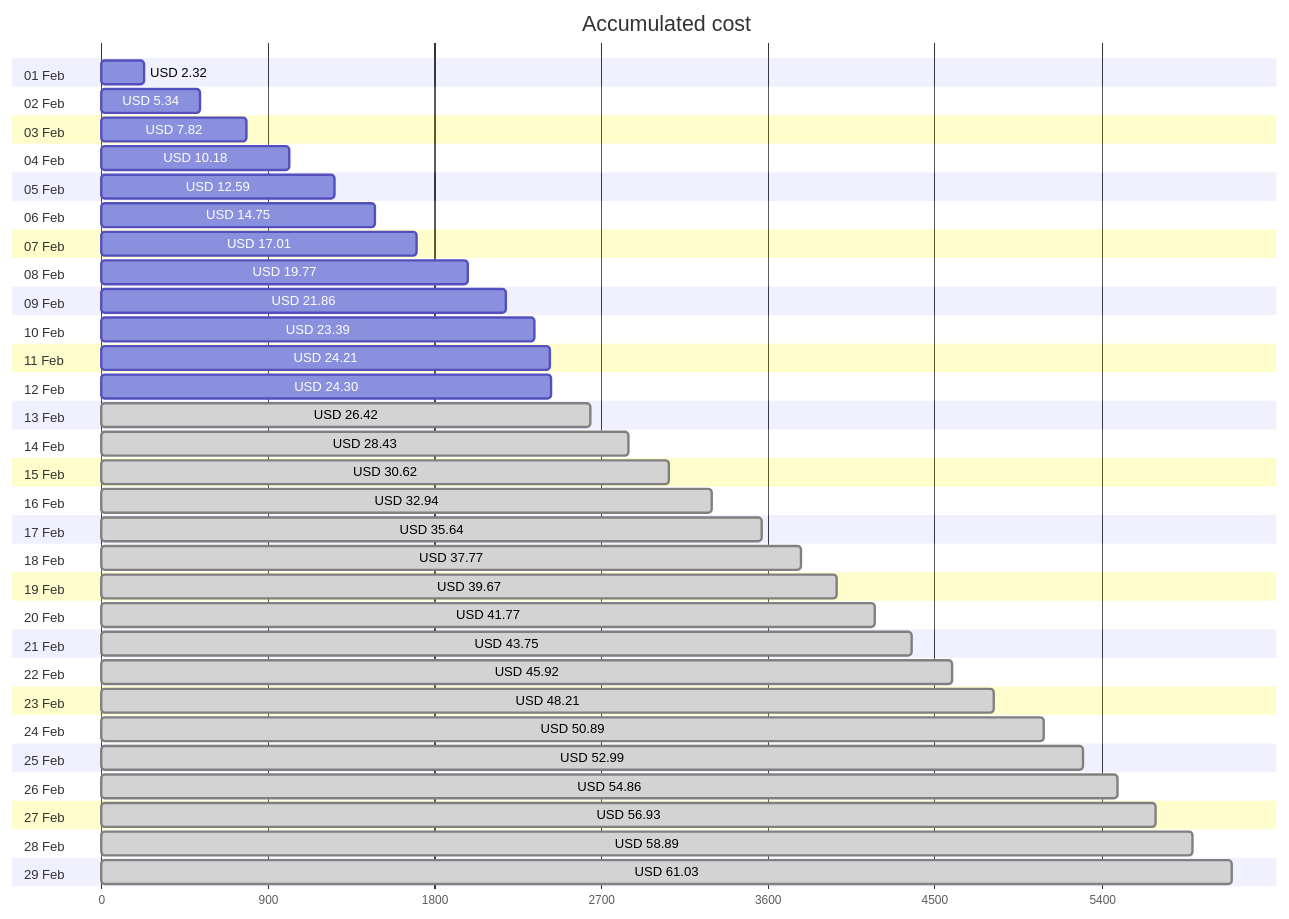
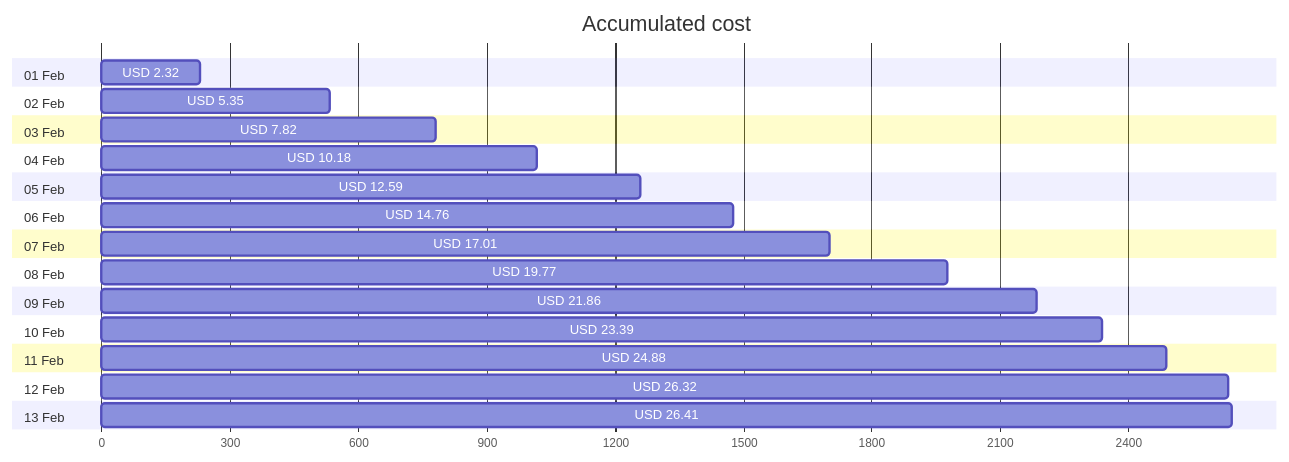
The first of 4 diagrams in cost-reports/personal-network/README.md (jpfulton/azure-personal-reports), drawn with Mermaid before and after one commit. The commit also changed other lines of this file and 8 other files, not shown here.

````diff
--- a/cost-reports/personal-network/README.md
+++ b/cost-reports/personal-network/README.md
@@ -20,64 +20,32 @@
 ```mermaid
 gantt
    title Accumulated cost
    dateFormat  X
    axisFormat %s
    section 01 Feb
    USD 2.32 :0, 232
    section 02 Feb
-   USD 5.34 :0, 534
+   USD 5.35 :0, 535
    section 03 Feb
    USD 7.82 :0, 782
    section 04 Feb
    USD 10.18 :0, 1018
    section 05 Feb
    USD 12.59 :0, 1259
    section 06 Feb
-   USD 14.75 :0, 1475
+   USD 14.76 :0, 1476
    section 07 Feb
    USD 17.01 :0, 1701
    section 08 Feb
    USD 19.77 :0, 1977
    section 09 Feb
    USD 21.86 :0, 2186
    section 10 Feb
    USD 23.39 :0, 2339
    section 11 Feb
-   USD 24.21 :0, 2421
+   USD 24.88 :0, 2488
    section 12 Feb
-   USD 24.30 :0, 2430
+   USD 26.32 :0, 2632
    section 13 Feb
-   USD 26.42 : done, 0, 2642
-   section 14 Feb
-   USD 28.43 : done, 0, 2843
-   section 15 Feb
-   USD 30.62 : done, 0, 3062
-   section 16 Feb
-   USD 32.94 : done, 0, 3294
-   section 17 Feb
-   USD 35.64 : done, 0, 3564
-   section 18 Feb
-   USD 37.77 : done, 0, 3777
-   section 19 Feb
-   USD 39.67 : done, 0, 3967
-   section 20 Feb
-   USD 41.77 : done, 0, 4177
-   section 21 Feb
-   USD 43.75 : done, 0, 4375
-   section 22 Feb
-   USD 45.92 : done, 0, 4592
-   section 23 Feb
-   USD 48.21 : done, 0, 4821
-   section 24 Feb
-   USD 50.89 : done, 0, 5089
-   section 25 Feb
-   USD 52.99 : done, 0, 5299
-   section 26 Feb
-   USD 54.86 : done, 0, 5486
-   section 27 Feb
-   USD 56.93 : done, 0, 5693
-   section 28 Feb
-   USD 58.89 : done, 0, 5889
-   section 29 Feb
-   USD 61.03 : done, 0, 6103
+   USD 26.41 :0, 2641
 ```
````
